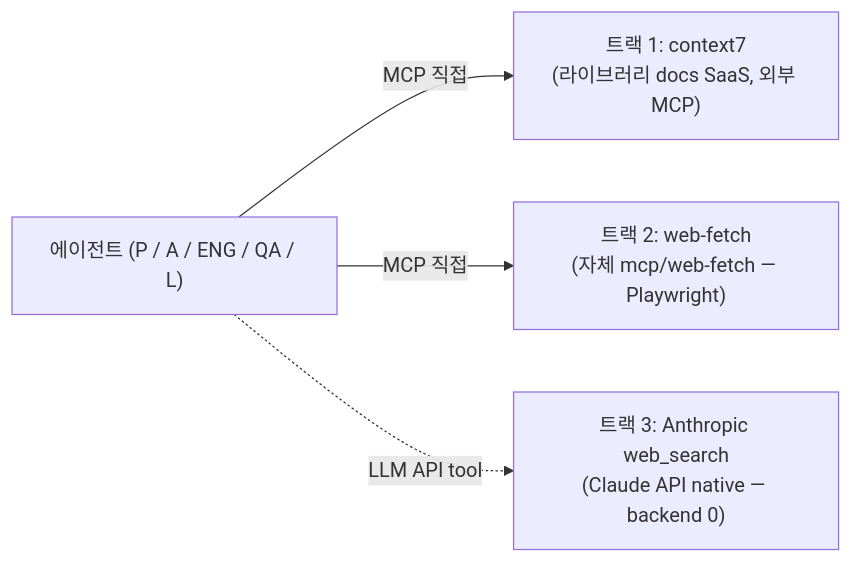
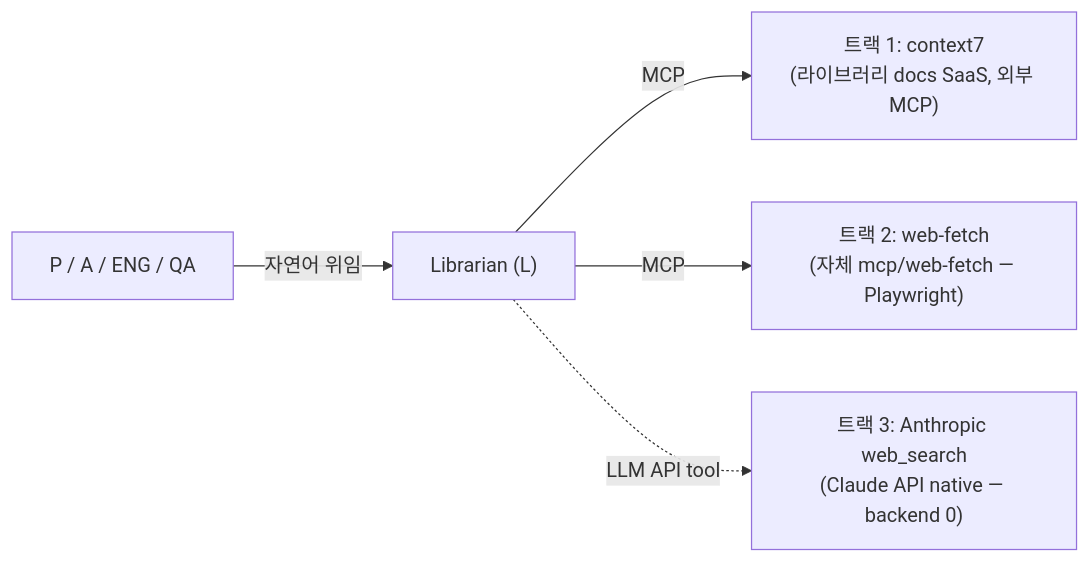
Before and after one commit to vonkernel/dev-team: the tenth of 13 diagrams in docs/proposal.md, drawn with Mermaid. The commit also changed other lines of this file and 3 other files, not shown here.

````diff
--- a/docs/proposal.md
+++ b/docs/proposal.md
@@ -1086,7 +1089,8 @@
 ```mermaid
 flowchart LR
-    Agents["에이전트 (P / A / ENG / QA / L)"]
-    Agents -->|MCP 직접| C7["트랙 1: context7<br/>(라이브러리 docs SaaS, 외부 MCP)"]
-    Agents -->|MCP 직접| WF["트랙 2: web-fetch<br/>(자체 mcp/web-fetch — Playwright)"]
-    Agents -.LLM API tool.-> WS["트랙 3: Anthropic web_search<br/>(Claude API native — backend 0)"]
+    OtherAgents["P / A / ENG / QA"]
+    OtherAgents -->|자연어 위임| L["Librarian (L)"]
+    L -->|MCP| C7["트랙 1: context7<br/>(라이브러리 docs SaaS, 외부 MCP)"]
+    L -->|MCP| WF["트랙 2: web-fetch<br/>(자체 mcp/web-fetch — Playwright)"]
+    L -.LLM API tool.-> WS["트랙 3: Anthropic web_search<br/>(Claude API native — backend 0)"]
 ```
````
